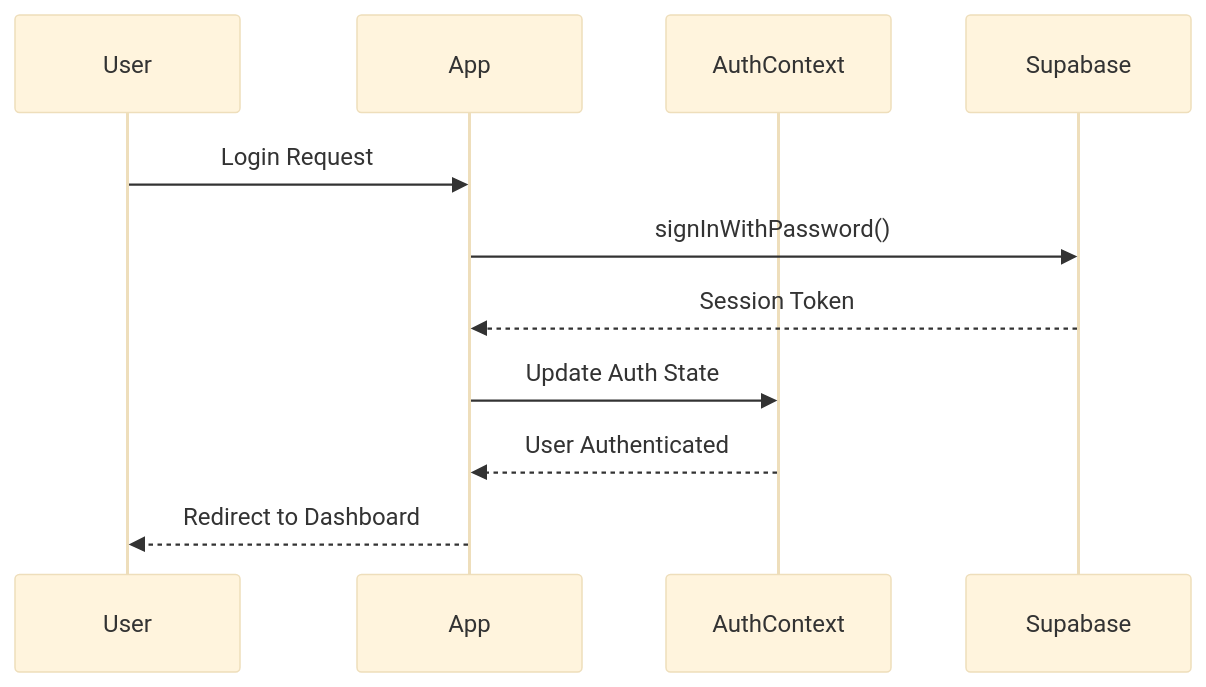
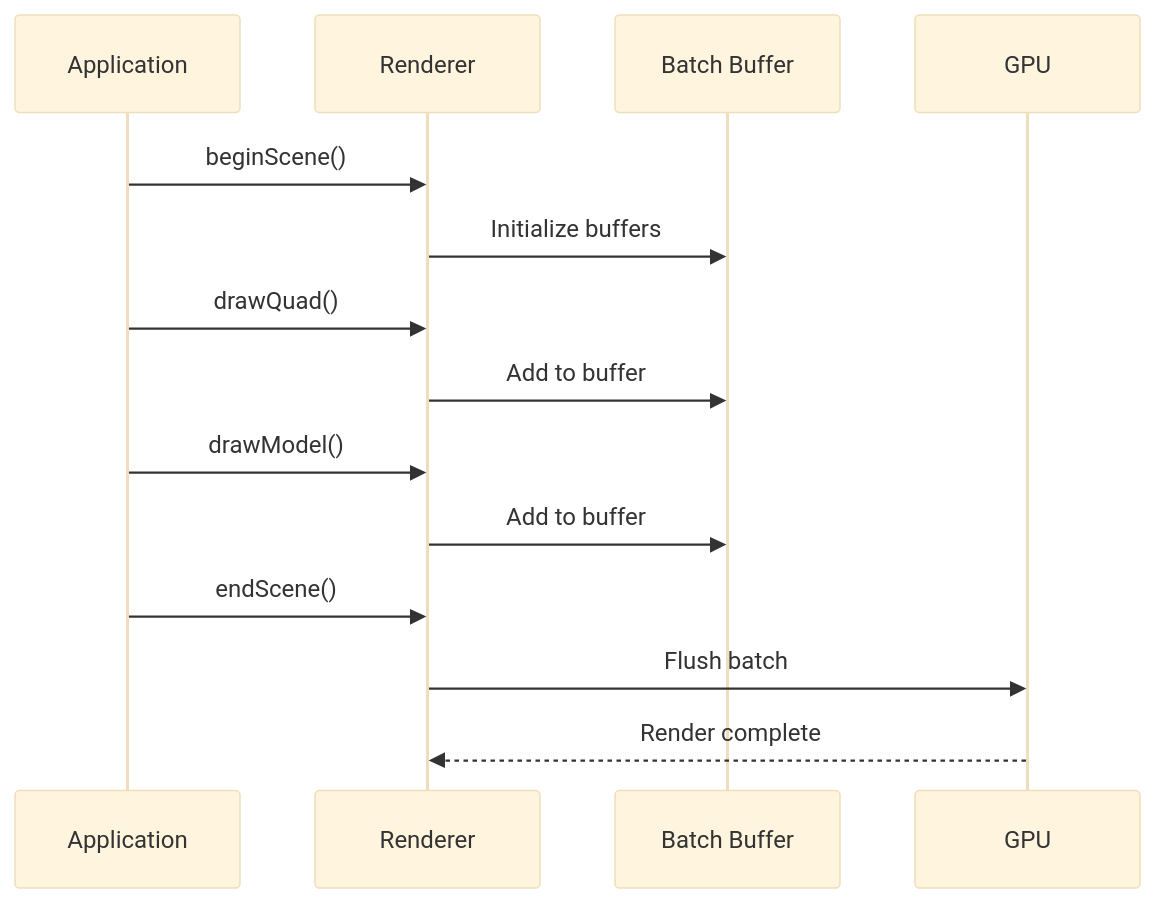
One commit to NexoEngine/nexo-website changed the third of 5 diagrams in docs/guide/architecture.md. Above: the diagram before and after it, drawn with Mermaid (base theme). The commit also changed other lines of this file and 5 other files, not shown here.

````diff
--- a/docs/guide/architecture.md
+++ b/docs/guide/architecture.md
@@ -94,14 +84,17 @@
 ```mermaid
 sequenceDiagram
-    participant U as User
-    participant A as App
-    participant AC as AuthContext
-    participant S as Supabase
+    participant App as Application
+    participant Renderer
+    participant Batch as Batch Buffer
+    participant GPU
     
-    U->>A: Login Request
-    A->>S: signInWithPassword()
-    S-->>A: Session Token
-    A->>AC: Update Auth State
-    AC-->>A: User Authenticated
-    A-->>U: Redirect to Dashboard
+    App->>Renderer: beginScene()
+    Renderer->>Batch: Initialize buffers
+    App->>Renderer: drawQuad()
+    Renderer->>Batch: Add to buffer
+    App->>Renderer: drawModel()
+    Renderer->>Batch: Add to buffer
+    App->>Renderer: endScene()
+    Renderer->>GPU: Flush batch
+    GPU-->>Renderer: Render complete
 ```
````
